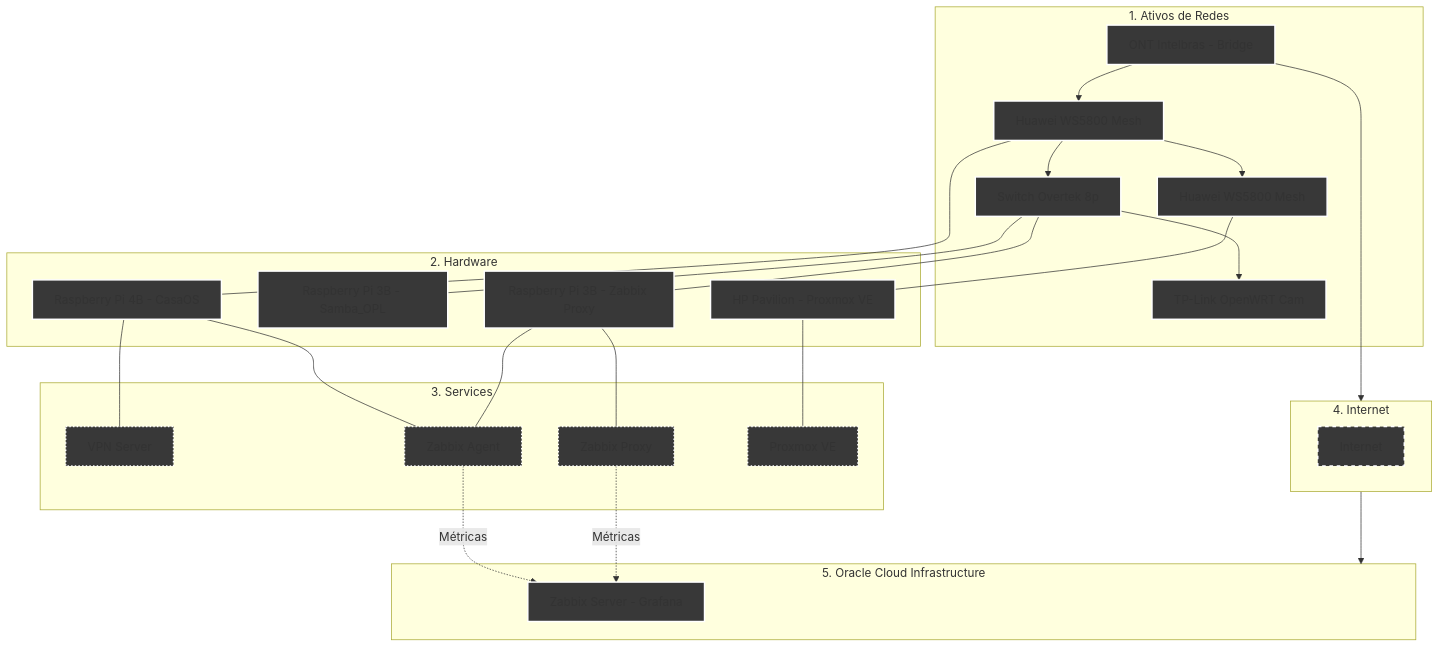
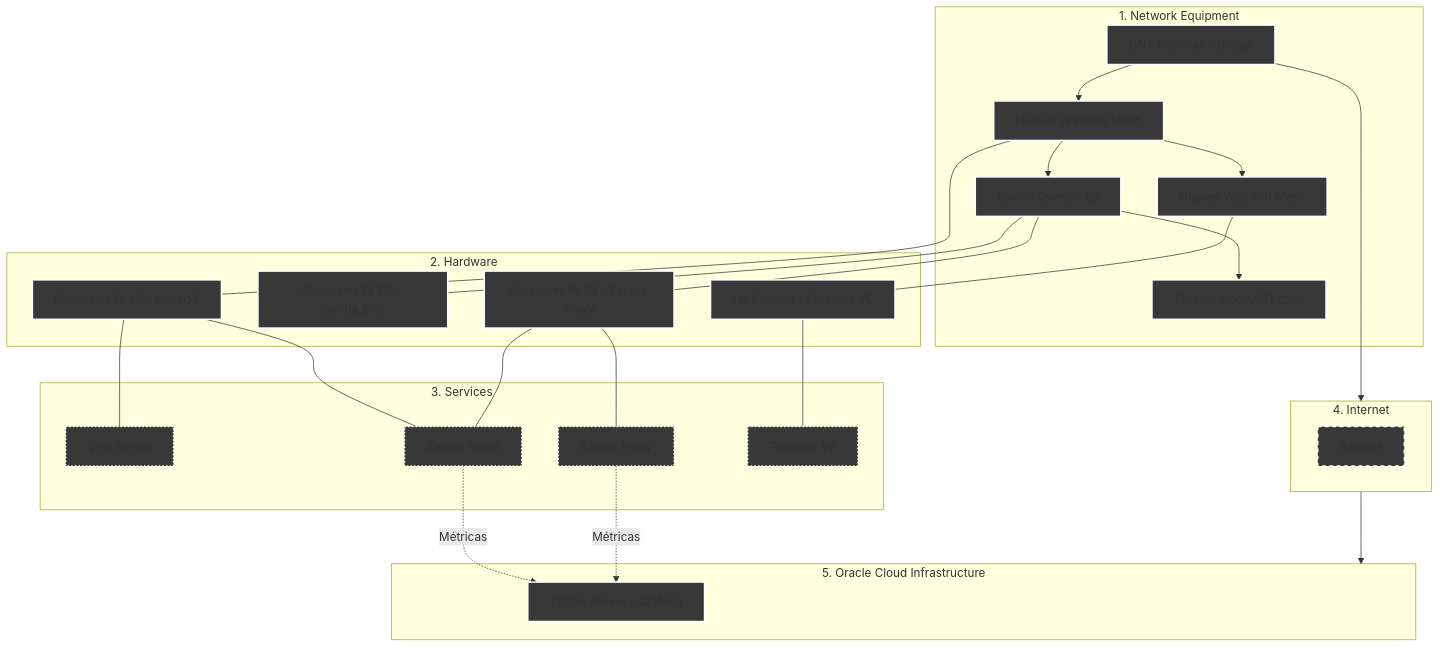
One commit to kevindexter22/Dr-Hardware-Autonet changed the diagram in Infraestructure/README.md. Above: the diagram before and after it, drawn with Mermaid.

````diff
--- a/Infraestructure/README.md
+++ b/Infraestructure/README.md
@@ -13,53 +13,53 @@
 ```mermaid
 graph TD
     %% Styles
     classDef network fill:#383838,stroke:#FFFFFF,stroke-width:2px;
     classDef hardware fill:#383838,stroke:#FFFFFF,stroke-width:2px;
     classDef internet fill:#383838,stroke:#FFFFFF,stroke-width:2px,stroke-dasharray: 5 5;
     classDef services fill:#383838,stroke:#FFFFFF,stroke-width:2px, stroke-dasharray: 2 3;
     classDef oci fill:#383838,stroke:#FFFFFF,stroke-width:2px;
 
-    %% 1. ATIVOS DE REDE
-    subgraph S1 [1. Ativos de Redes]
+    %% 1. NETWORK EQUIPMENT
+    subgraph S1 [1. Network Equipment]
         ONT[ONT Intelbras - Bridge]:::network --> R_Mesh1[Huawei WS5800 Mesh]:::network
         R_Mesh1 --> R_Mesh2[Huawei WS5800 Mesh]:::network
         R_Mesh1 --> SW1[Switch Overtek 8p]:::network
         SW1 --> R_Cams[TP-Link OpenWRT Cam]:::network
     end
 
     %% 2. HARDWARE
     subgraph S2 [2. Hardware]
         R_Mesh1 --- RPi4B[Raspberry Pi 4B - CasaOS]:::hardware
         SW1 --- RPi3B_1[Raspberry Pi 3B - Samba_OPL]:::hardware
         SW1 --- RPi3B_2[Raspberry Pi 3B - Zabbix Proxy]:::hardware
         R_Mesh2 --- HP[HP Pavilion - Proxmox VE]:::hardware
     end
 
     %% 3. SERVICES     
     subgraph S3 [3. Services];
         RPi4B --- VPN[VPN Server]:::services
         RPi4B --- ZA[Zabbix Agent]:::services
         RPi3B_2 --- ZA[Zabbix Agent]:::services
         RPi3B_2 --- ZP[Zabbix Proxy]:::services
         HP --- PVE[Proxmox VE]:::services        
     end
 
     %% 4. Internet (The Bridge)
     subgraph S4 [4. Internet]
            internet[Internet]:::internet
     end
 
     %% 5. Oracle Cloud Infrastructure
     subgraph S5 [5. Oracle Cloud Infrastructure]
         ZS[Zabbix Server - Grafana]:::oci
     end
 
     %% Conections of data flow
     ONT --> S4
     S4 --> S5
     
     %% Logical conections
     ZA -.-> |Métricas| ZS
     ZP -.-> |Métricas| ZS 
 
 ```
````
